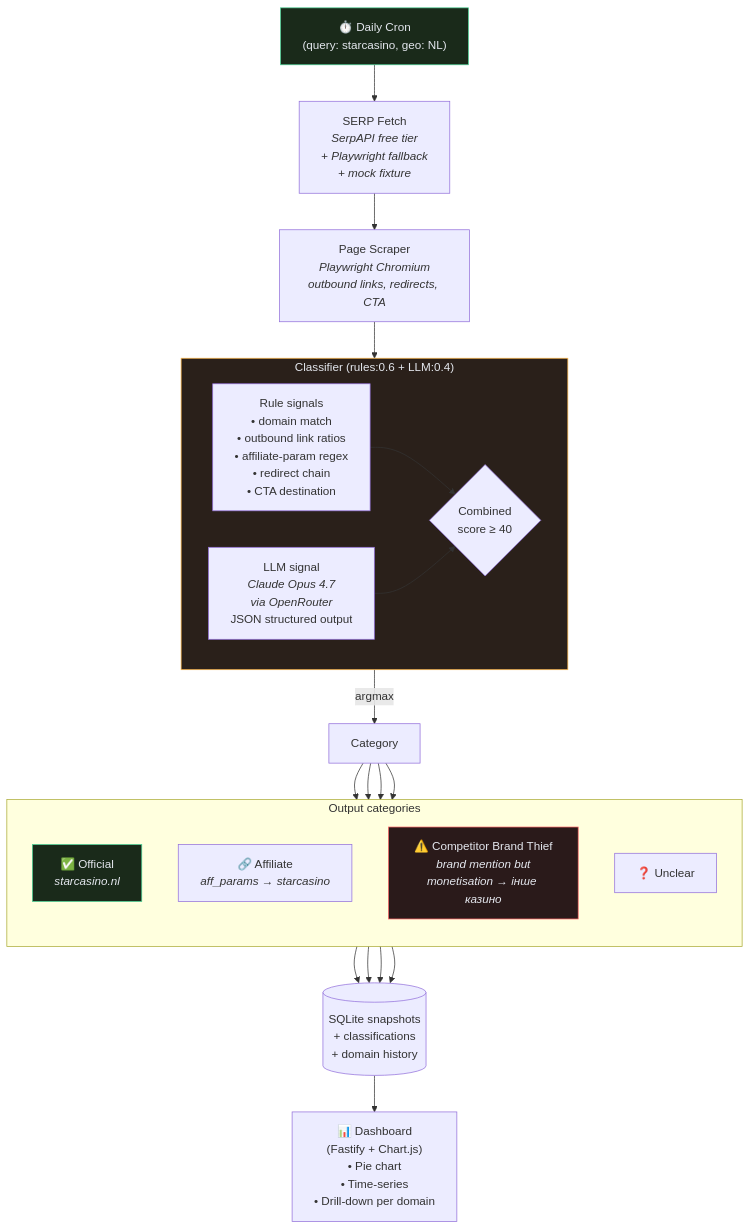
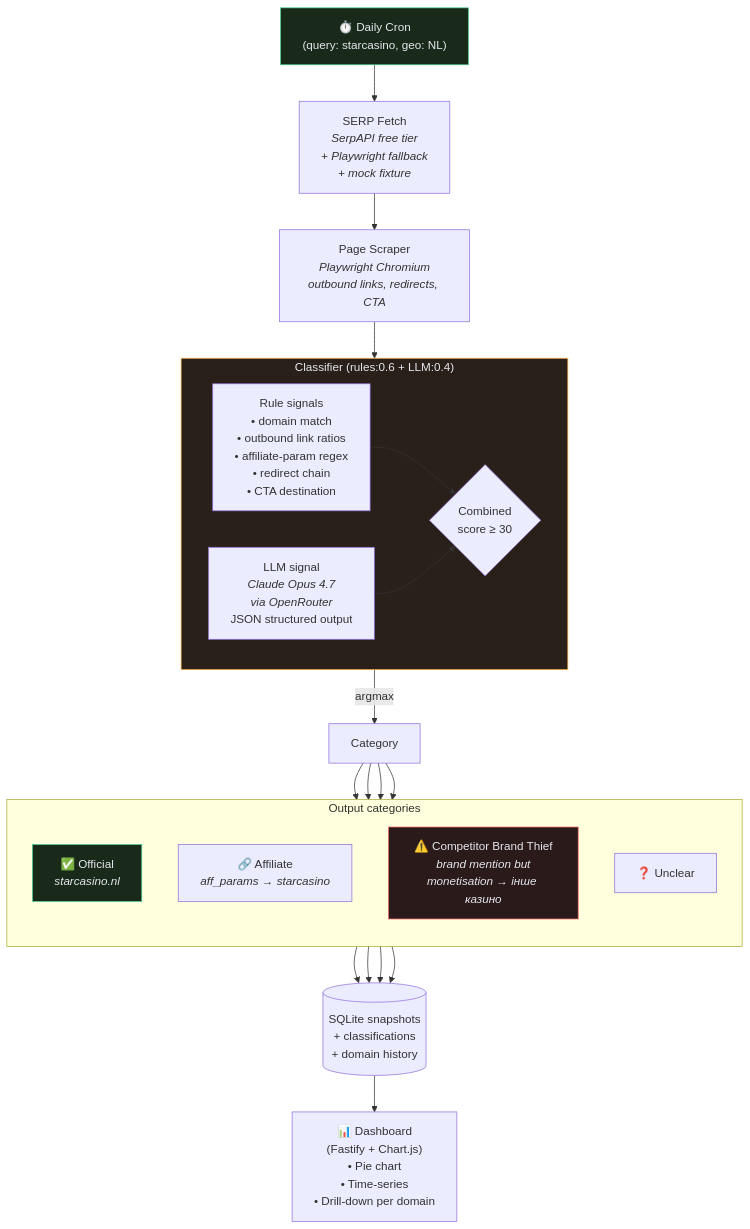
The first of 2 diagrams in wiki/synthesis/architecture-overview.md (VitaliiNemyrovskyi/kraken-test), drawn with Mermaid before and after one commit. The commit also changed other lines of this file and 28 other files, not shown here.

````diff
--- a/wiki/synthesis/architecture-overview.md
+++ b/wiki/synthesis/architecture-overview.md
@@ -78,45 +28,45 @@
 ```mermaid
 flowchart TB
     CRON["⏱️ Daily Cron<br/>(query: starcasino, geo: NL)"]
     SERP["SERP Fetch<br/><i>SerpAPI free tier<br/>+ Playwright fallback<br/>+ mock fixture</i>"]
     SC["Page Scraper<br/><i>Playwright Chromium<br/>outbound links, redirects, CTA</i>"]
 
     subgraph CLASS["Classifier (rules:0.6 + LLM:0.4)"]
       direction LR
       R["Rule signals<br/>• domain match<br/>• outbound link ratios<br/>• affiliate-param regex<br/>• redirect chain<br/>• CTA destination"]
       L["LLM signal<br/><i>Claude Opus 4.7<br/>via OpenRouter</i><br/>JSON structured output"]
-      SCORE{Combined<br/>score ≥ 40}
+      SCORE{Combined<br/>score ≥ 30}
       R --> SCORE
       L --> SCORE
     end
 
     SCORE -->|"argmax"| CAT["Category"]
 
     subgraph OUT["Output categories"]
       direction TB
       OFF["✅ Official<br/><i>starcasino.nl</i>"]
       AFF["🔗 Affiliate<br/><i>aff_params → starcasino</i>"]
       THIEF["⚠️ Competitor Brand Thief<br/><i>brand mention but<br/>monetisation → інше казино</i>"]
       UNC["❓ Unclear"]
     end
 
     DB[("SQLite snapshots<br/>+ classifications<br/>+ domain history")]
 
     DASH["📊 Dashboard<br/>(Fastify + Chart.js)<br/>• Pie chart<br/>• Time-series<br/>• Drill-down per domain"]
 
     CRON --> SERP --> SC --> CLASS
     CAT --> OFF
     CAT --> AFF
     CAT --> THIEF
     CAT --> UNC
     OFF --> DB
     AFF --> DB
     THIEF --> DB
     UNC --> DB
     DB --> DASH
 
     style CRON fill:#1a2a1a,stroke:#4ad295,color:#e4e7ee
     style CLASS fill:#2a201a,stroke:#ffb84a,color:#e4e7ee
     style THIEF fill:#2a1a1a,stroke:#ff6b6b,color:#e4e7ee
     style OFF fill:#1a2a1a,stroke:#4ad295,color:#e4e7ee
 ```
````
